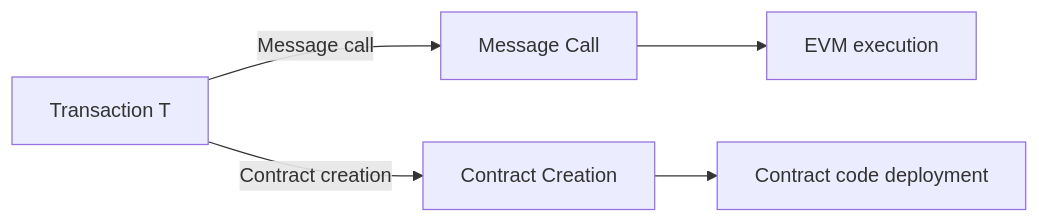
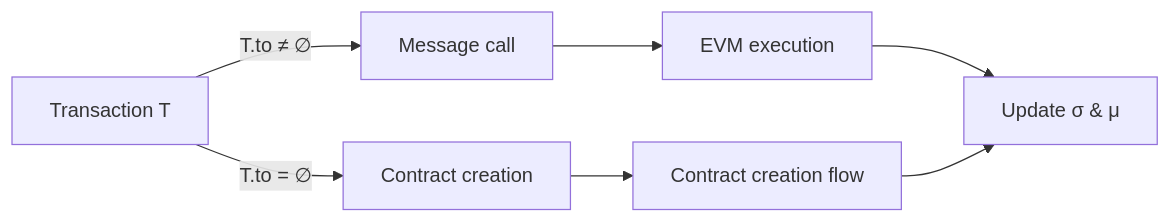
Before and after one commit to deepakraous/evm-lean4: the fourth of 7 diagrams in YELLOW_PAPER_MERMAID.md, drawn with Mermaid. The commit also changed other lines of this file, not shown here.

````diff
--- a/YELLOW_PAPER_MERMAID.md
+++ b/YELLOW_PAPER_MERMAID.md
@@ -183,7 +290,9 @@
 ```mermaid
 flowchart LR
-  Transaction["Transaction T"] -->|Message call| Call["Message Call"]
-  Transaction -->|Contract creation| Create["Contract Creation"]
+  Transaction["Transaction T"] -->|T.to ≠ ∅| Call["Message call"]
+  Transaction -->|T.to = ∅| Create["Contract creation"]
   Call --> Execute["EVM execution"]
-  Create --> Deploy["Contract code deployment"]
+  Create --> Deploy["Contract creation flow"]
+  Execute --> State["Update σ & μ"]
+  Deploy --> State
 ```
````
